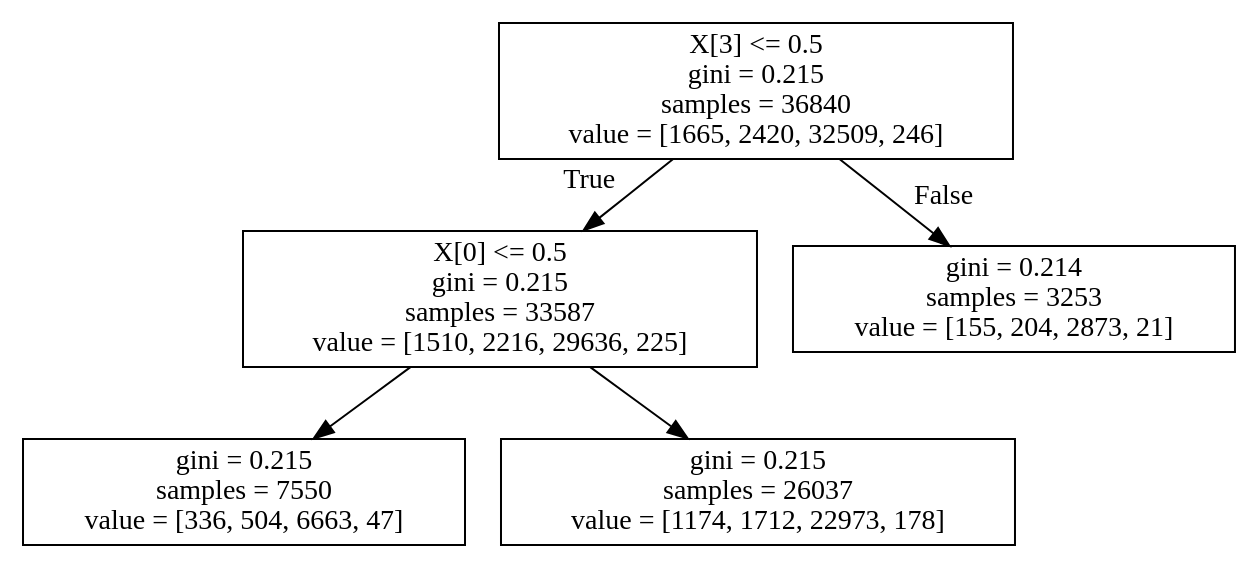
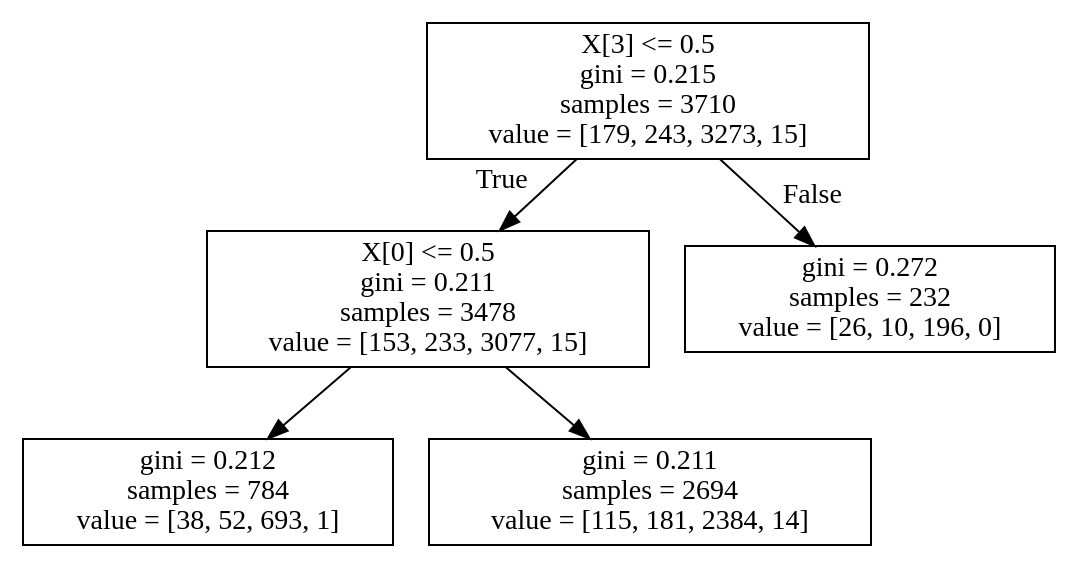
Before and after one commit to jesbu1/viper: the diagram in data/vizdoom/ppo/0005r1+vizdoo_config_file=vi_en_as_sc_de_th_li.cfg+max_depth=6+n_batch_rollou=10+max_samples=400000+max_iters=80+train_frac=0.8+is_reweight=True/dt_policy.dot, drawn with Graphviz. The commit also changed 455 other files, not shown here.

```diff
--- a/data/vizdoom/ppo/0005r1+vizdoo_config_file=vi_en_as_sc_de_th_li.cfg+max_depth=6+n_batch_rollou=10+max_samples=400000+max_iters=80+train_frac=0.8+is_reweight=True/dt_policy.dot
+++ b/data/vizdoom/ppo/0005r1+vizdoo_config_file=vi_en_as_sc_de_th_li.cfg+max_depth=6+n_batch_rollou=10+max_samples=400000+max_iters=80+train_frac=0.8+is_reweight=True/dt_policy.dot
@@ -1,12 +1,12 @@
 digraph Tree {
 node [shape=box] ;
-0 [label="X[3] <= 0.5\ngini = 0.215\nsamples = 36840\nvalue = [1665, 2420, 32509, 246]"] ;
-1 [label="X[0] <= 0.5\ngini = 0.215\nsamples = 33587\nvalue = [1510, 2216, 29636, 225]"] ;
+0 [label="X[3] <= 0.5\ngini = 0.215\nsamples = 3710\nvalue = [179, 243, 3273, 15]"] ;
+1 [label="X[0] <= 0.5\ngini = 0.211\nsamples = 3478\nvalue = [153, 233, 3077, 15]"] ;
 0 -> 1 [labeldistance=2.5, labelangle=45, headlabel="True"] ;
-2 [label="gini = 0.215\nsamples = 7550\nvalue = [336, 504, 6663, 47]"] ;
+2 [label="gini = 0.212\nsamples = 784\nvalue = [38, 52, 693, 1]"] ;
 1 -> 2 ;
-3 [label="gini = 0.215\nsamples = 26037\nvalue = [1174, 1712, 22973, 178]"] ;
+3 [label="gini = 0.211\nsamples = 2694\nvalue = [115, 181, 2384, 14]"] ;
 1 -> 3 ;
-4 [label="gini = 0.214\nsamples = 3253\nvalue = [155, 204, 2873, 21]"] ;
+4 [label="gini = 0.272\nsamples = 232\nvalue = [26, 10, 196, 0]"] ;
 0 -> 4 [labeldistance=2.5, labelangle=-45, headlabel="False"] ;
 }
```
